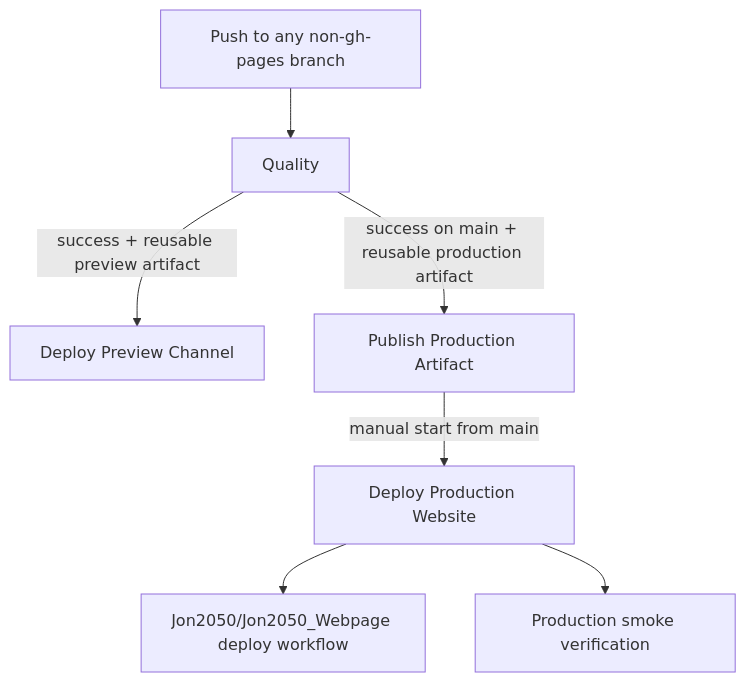
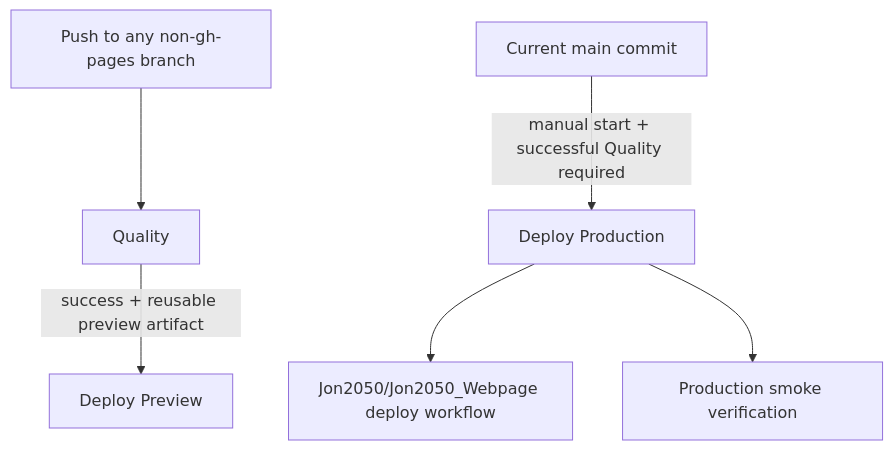
One commit to Jon2050/Conspectus-Mobile changed the diagram in docs/CI-CD-Pipelines.md. Above: the diagram before and after it, drawn with Mermaid. The commit also changed other lines of this file and 8 other files, not shown here.

First line of the commit message:
ci: simplify deploy workflows and quality gate

````diff
--- a/docs/CI-CD-Pipelines.md
+++ b/docs/CI-CD-Pipelines.md
@@ -7,9 +8,8 @@
 ```mermaid
 flowchart TD
   Push[Push to any non-gh-pages branch] --> Quality[Quality]
-  Quality -->|success + reusable preview artifact| Preview[Deploy Preview Channel]
-  Quality -->|success on main + reusable production artifact| Artifact[Publish Production Artifact]
-  Artifact -->|manual start from main| Production[Deploy Production Website]
+  Quality -->|success + reusable preview artifact| Preview[Deploy Preview]
+  Main[Current main commit] -->|manual start + successful Quality required| Production[Deploy Production]
   Production --> Website[Jon2050/Jon2050_Webpage deploy workflow]
   Production --> Smoke[Production smoke verification]
 ```
````
